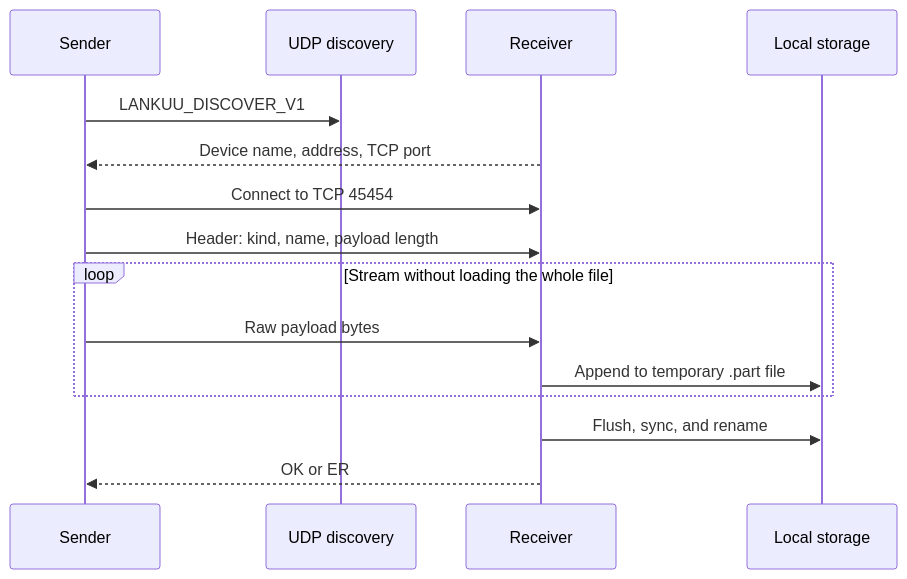
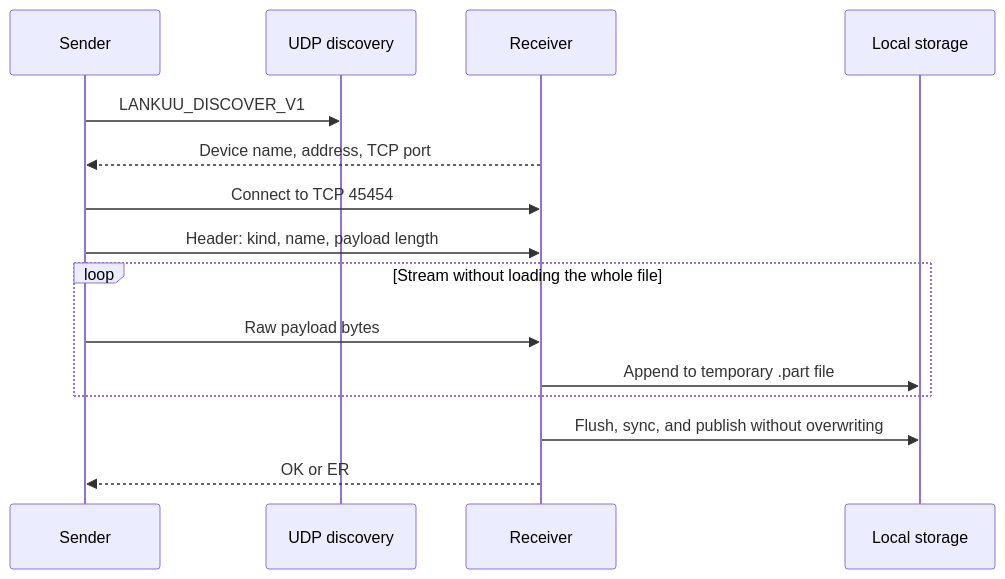
One commit to Kaung-Myat/LanKuu changed the second of 4 diagrams in README.md. Above: the diagram before and after it, drawn with Mermaid. The commit also changed other lines of this file and 3 other files, not shown here.

````diff
--- a/README.md
+++ b/README.md
@@ -171,18 +172,18 @@
 ```mermaid
 sequenceDiagram
     participant S as Sender
     participant D as UDP discovery
     participant R as Receiver
     participant F as Local storage
 
     S->>D: LANKUU_DISCOVER_V1
     R-->>S: Device name, address, TCP port
     S->>R: Connect to TCP 45454
     S->>R: Header: kind, name, payload length
     loop Stream without loading the whole file
         S->>R: Raw payload bytes
         R->>F: Append to temporary .part file
     end
-    R->>F: Flush, sync, and rename
+    R->>F: Flush, sync, and publish without overwriting
     R-->>S: OK or ER
 ```
````
